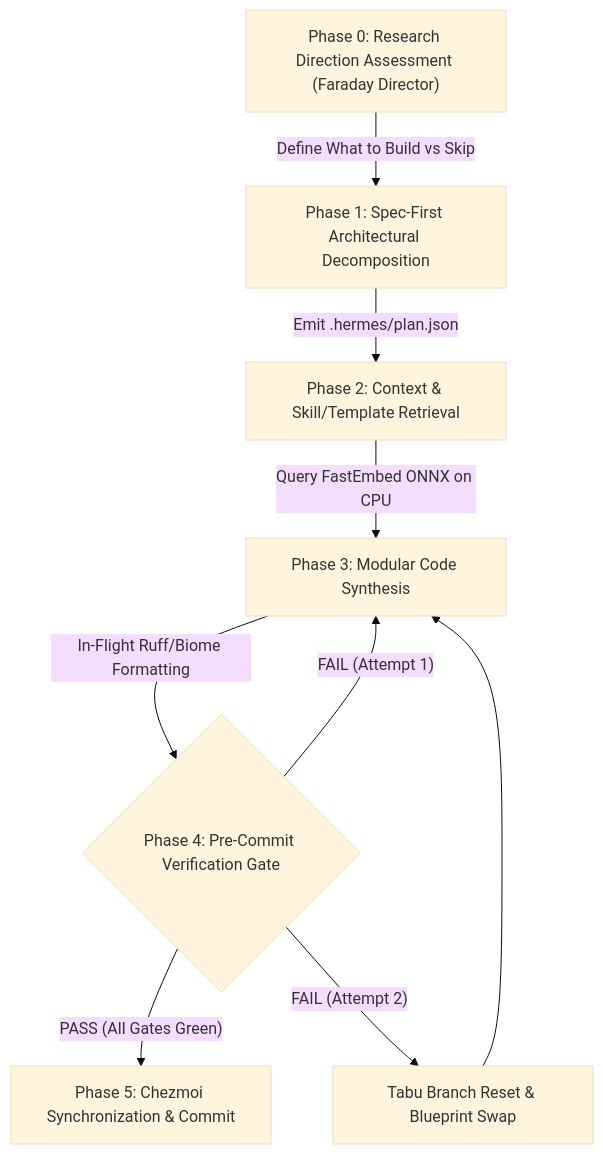
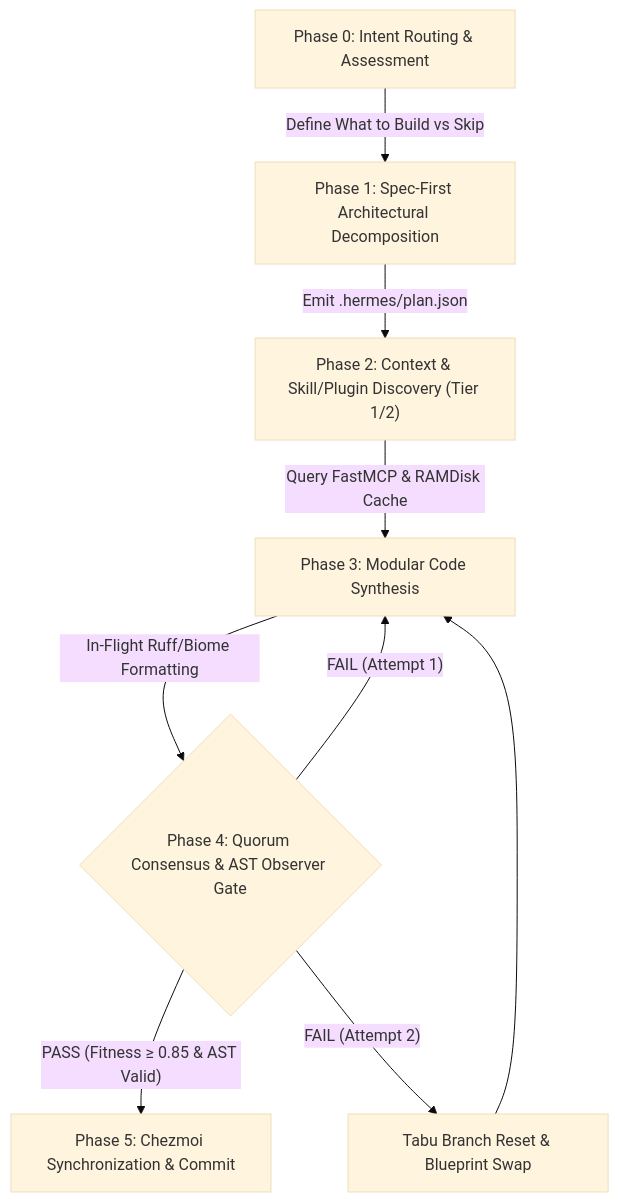
One commit to imshubhamsocial/dotfiles-hermes changed the diagram in AGENTS.md. Above: the diagram before and after it, drawn with Mermaid (base theme). The commit also changed other lines of this file and 1 other file, not shown here.

Commit message:
docs(agents): update AGENTS.md with Plugins v1, Makefile targets, and updated architecture

````diff
--- a/AGENTS.md
+++ b/AGENTS.md
@@ -84,11 +94,11 @@
 ```mermaid
 graph TD
-    Z["Phase 0: Research Direction Assessment (Faraday Director)"] -->|"Define What to Build vs Skip"| A["Phase 1: Spec-First Architectural Decomposition"]
-    A -->|"Emit .hermes/plan.json"| B["Phase 2: Context & Skill/Template Retrieval"]
-    B -->|"Query FastEmbed ONNX on CPU"| C["Phase 3: Modular Code Synthesis"]
-    C -->|"In-Flight Ruff/Biome Formatting"| D{"Phase 4: Pre-Commit Verification Gate"}
-    D -->|"PASS (All Gates Green)"| E["Phase 5: Chezmoi Synchronization & Commit"]
+    Z["Phase 0: Intent Routing & Assessment"] -->|"Define What to Build vs Skip"| A["Phase 1: Spec-First Architectural Decomposition"]
+    A -->|"Emit .hermes/plan.json"| B["Phase 2: Context & Skill/Plugin Discovery (Tier 1/2)"]
+    B -->|"Query FastMCP & RAMDisk Cache"| C["Phase 3: Modular Code Synthesis"]
+    C -->|"In-Flight Ruff/Biome Formatting"| D{"Phase 4: Quorum Consensus & AST Observer Gate"}
+    D -->|"PASS (Fitness ≥ 0.85 & AST Valid)"| E["Phase 5: Chezmoi Synchronization & Commit"]
     D -->|"FAIL (Attempt 1)"| C
     D -->|"FAIL (Attempt 2)"| F["Tabu Branch Reset & Blueprint Swap"]
     F --> C
 ```
````
